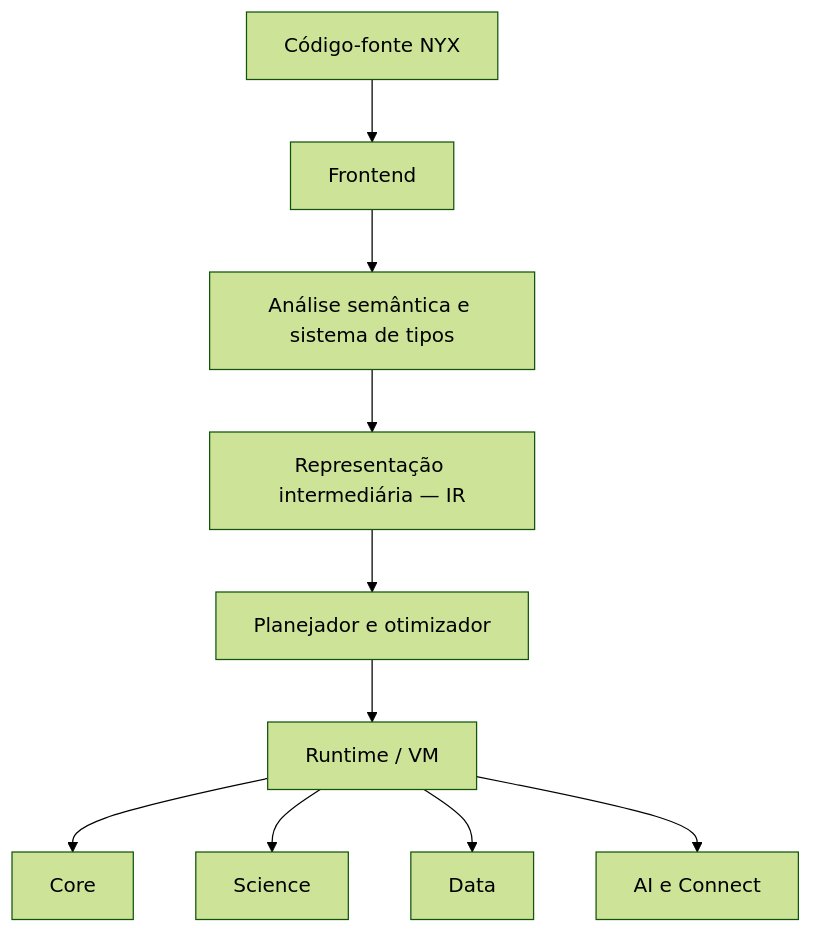
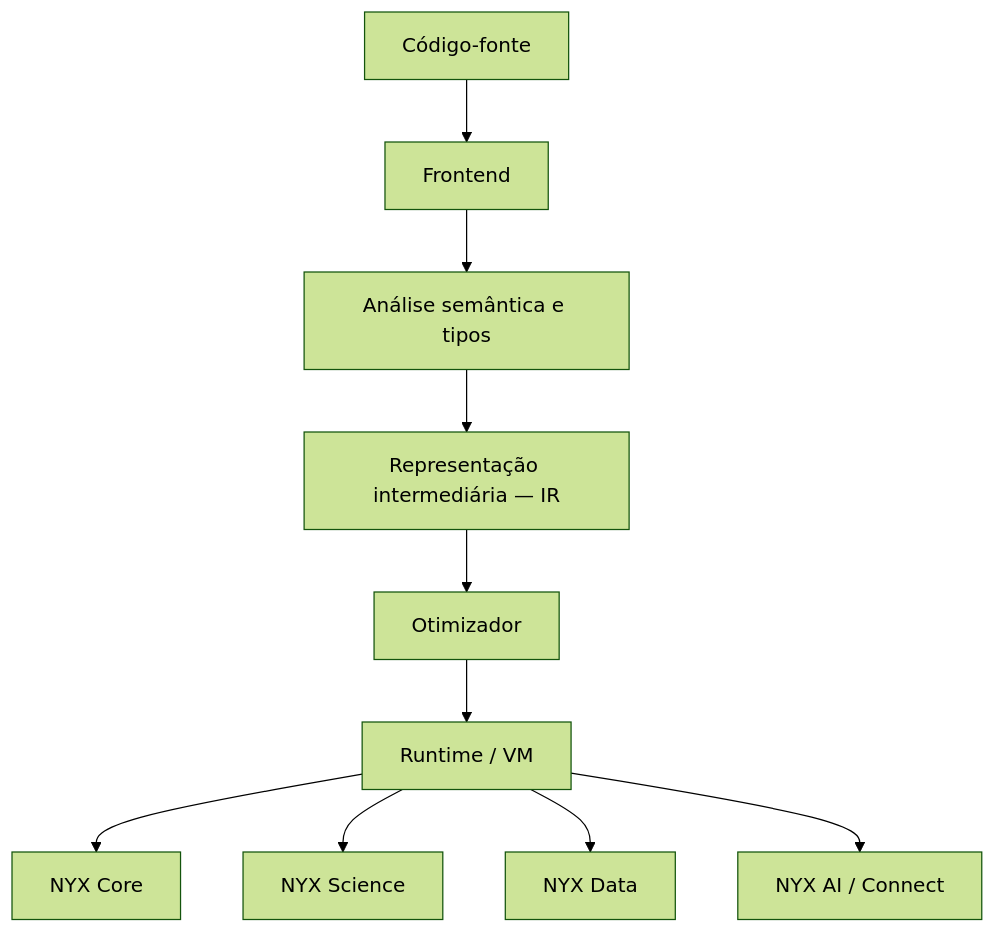
One commit to nrdataanalysis-1908/NYX changed the third of 3 diagrams in README.md. Above: the diagram before and after it, drawn with Mermaid (forest theme). The commit also changed other lines of this file, not shown here.

Commit message:
Reestrutura README com identidade visual institucional NYX

````diff
--- a/README.md
+++ b/README.md
@@ -194,12 +165,12 @@
 ```mermaid
 flowchart TD
-    A["Código-fonte NYX"] --> B["Frontend"]
-    B --> C["Análise semântica e sistema de tipos"]
+    A["Código-fonte"] --> B["Frontend"]
+    B --> C["Análise semântica e tipos"]
     C --> D["Representação intermediária — IR"]
-    D --> E["Planejador e otimizador"]
+    D --> E["Otimizador"]
     E --> F["Runtime / VM"]
-    F --> G["Core"]
-    F --> H["Science"]
-    F --> I["Data"]
-    F --> J["AI e Connect"]
+    F --> G["NYX Core"]
+    F --> H["NYX Science"]
+    F --> I["NYX Data"]
+    F --> J["NYX AI / Connect"]
 ```
````
